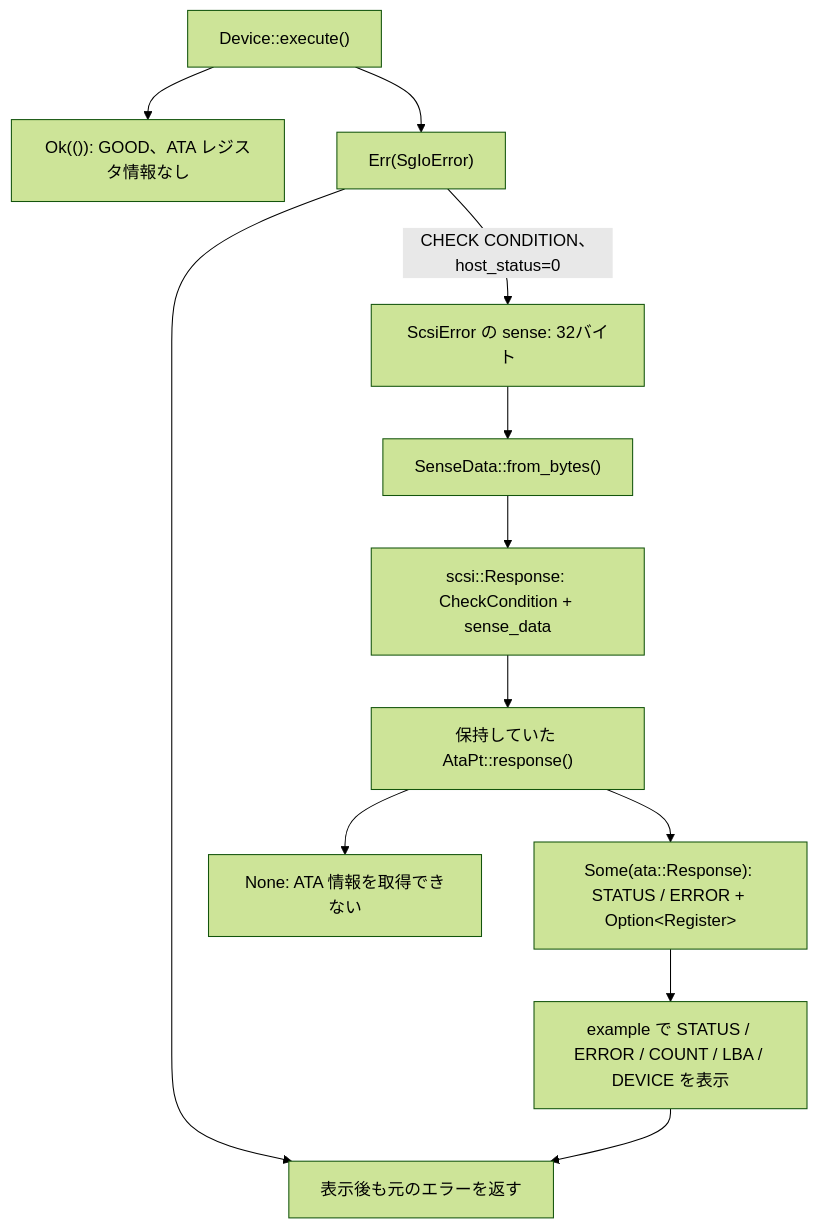
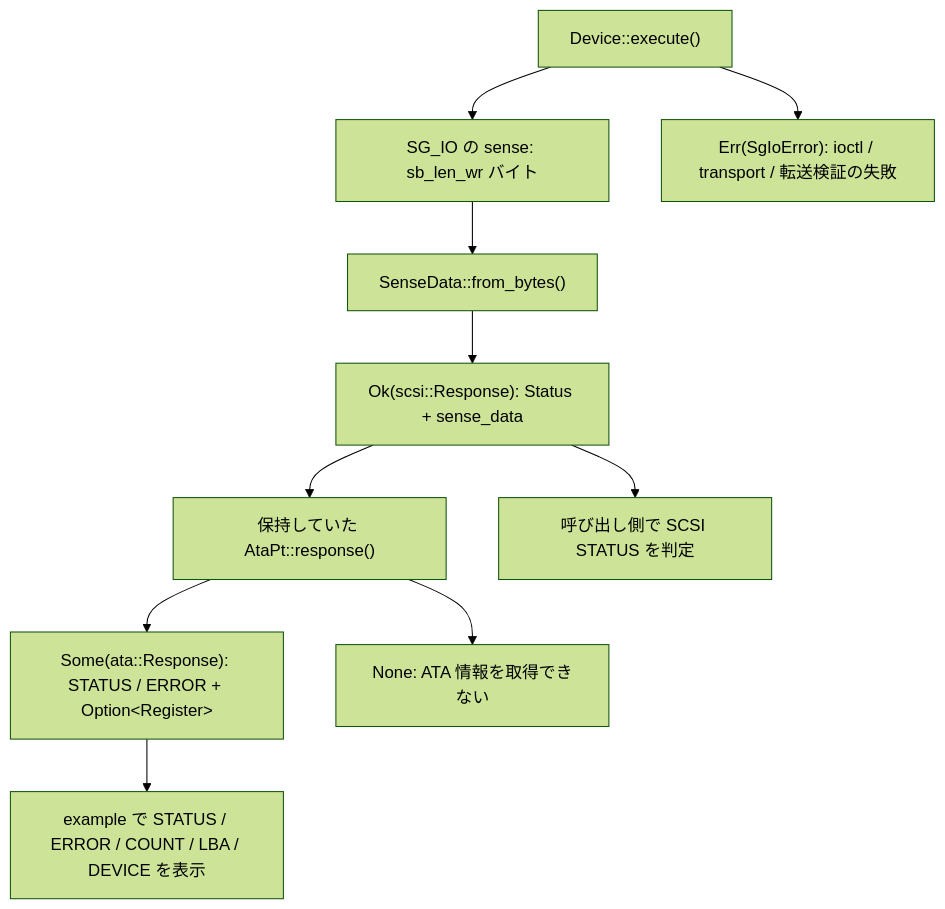
One commit to n-nazuna/lib_bbev changed the fourth of 4 diagrams in ARCHITECTURE.md. Above: the diagram before and after it, drawn with Mermaid (forest theme). The commit also changed other lines of this file and 2 other files, not shown here.

````diff
--- a/ARCHITECTURE.md
+++ b/ARCHITECTURE.md
@@ -102,14 +142,12 @@
 ```mermaid
 flowchart TD
-    execute["Device::execute()"] --> good["Ok(()): GOOD、ATA レジスタ情報なし"]
-    execute --> error["Err(SgIoError)"]
-    error -->|CHECK CONDITION、host_status=0| raw["ScsiError の sense: 32バイト"]
+    execute["Device::execute()"] --> raw["SG_IO の sense: sb_len_wr バイト"]
+    execute --> error["Err(SgIoError): ioctl / transport / 転送検証の失敗"]
     raw --> parse["SenseData::from_bytes()"]
-    parse --> response["scsi::Response: CheckCondition + sense_data"]
+    parse --> response["Ok(scsi::Response): Status + sense_data"]
     response --> sat["保持していた AtaPt::response()"]
     sat --> ata["Some(ata::Response): STATUS / ERROR + Option&lt;Register&gt;"]
     sat --> none["None: ATA 情報を取得できない"]
     ata --> display["example で STATUS / ERROR / COUNT / LBA / DEVICE を表示"]
-    error --> return["表示後も元のエラーを返す"]
-    display --> return
+    response --> policy["呼び出し側で SCSI STATUS を判定"]
 ```
````
